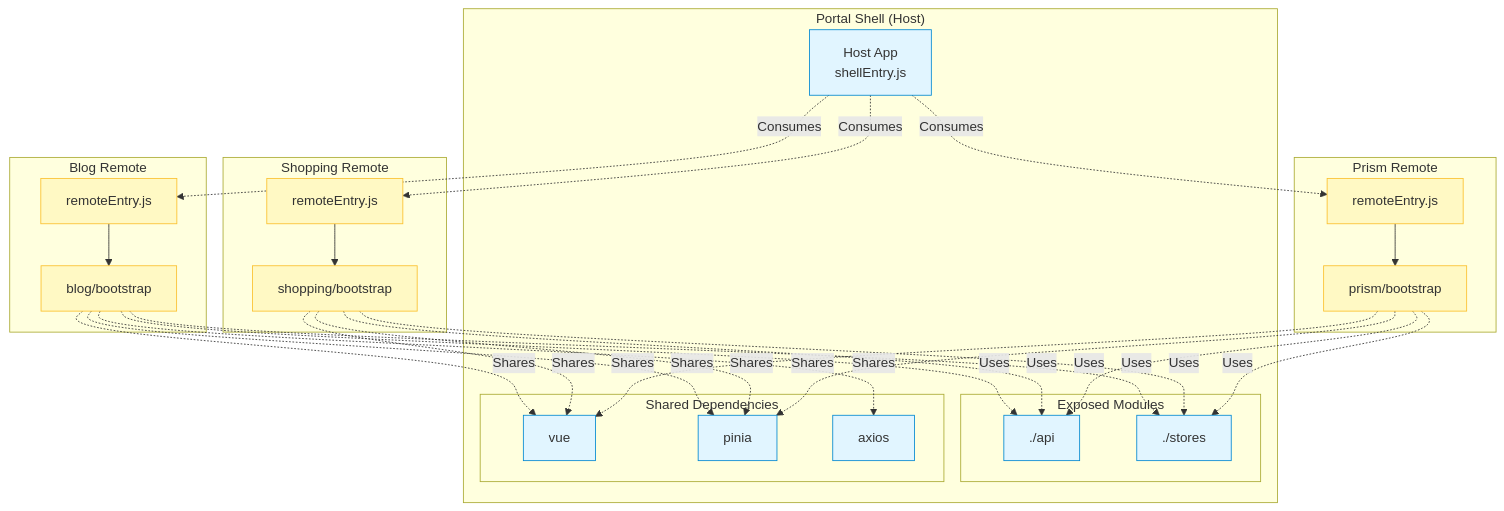
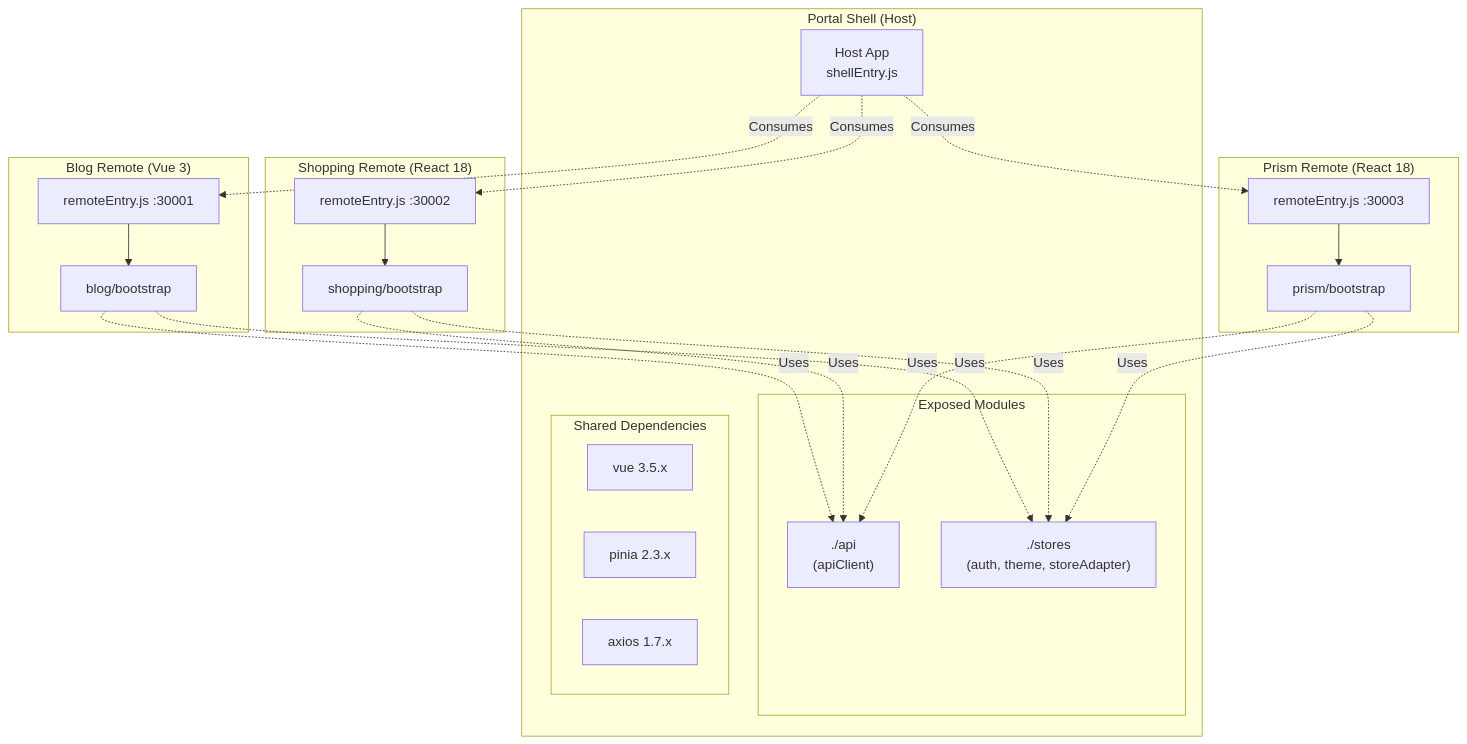
One commit to L-a-z-e/portal-universe changed the diagram in docs/architecture/portal-shell/module-federation.md. Above: the diagram before and after it, drawn with Mermaid. The commit also changed other lines of this file and 5 other files, not shown here.

First line of the commit message:
docs(architecture): rewrite portal-shell docs to match actual codebase

````diff
--- a/docs/architecture/portal-shell/module-federation.md
+++ b/docs/architecture/portal-shell/module-federation.md
@@ -24,67 +32,46 @@
 ```mermaid
 graph TB
     subgraph "Portal Shell (Host)"
         HOST[Host App<br/>shellEntry.js]
 
         subgraph "Exposed Modules"
-            E1[./api]
-            E2[./stores]
+            E1["./api<br/>(apiClient)"]
+            E2["./stores<br/>(auth, theme, storeAdapter)"]
         end
 
         subgraph "Shared Dependencies"
-            S1[vue]
-            S2[pinia]
-            S3[axios]
+            S1[vue 3.5.x]
+            S2[pinia 2.3.x]
+            S3[axios 1.7.x]
         end
     end
 
-    subgraph "Blog Remote"
+    subgraph "Blog Remote (Vue 3)"
         BR[blog/bootstrap]
-        BRE[remoteEntry.js]
-
+        BRE[remoteEntry.js :30001]
         BRE --> BR
     end
 
-    subgraph "Shopping Remote"
+    subgraph "Shopping Remote (React 18)"
         SR[shopping/bootstrap]
-        SRE[remoteEntry.js]
-
+        SRE[remoteEntry.js :30002]
         SRE --> SR
     end
 
-    subgraph "Prism Remote"
+    subgraph "Prism Remote (React 18)"
         PR[prism/bootstrap]
-        PRE[remoteEntry.js]
-
+        PRE[remoteEntry.js :30003]
         PRE --> PR
     end
 
     HOST -.->|Consumes| BRE
     HOST -.->|Consumes| SRE
     HOST -.->|Consumes| PRE
 
     BR -.->|Uses| E1
     BR -.->|Uses| E2
-
     SR -.->|Uses| E1
     SR -.->|Uses| E2
-
     PR -.->|Uses| E1
     PR -.->|Uses| E2
-
-    BR -.->|Shares| S1
-    BR -.->|Shares| S2
-    BR -.->|Shares| S3
-
-    SR -.->|Shares| S1
-    SR -.->|Shares| S2
-
-    PR -.->|Shares| S1
-    PR -.->|Shares| S2
-
-    classDef host fill:#e1f5ff,stroke:#0288d1
-    classDef remote fill:#fff9c4,stroke:#fbc02d
-
-    class HOST,E1,E2,S1,S2,S3 host
-    class BR,BRE,SR,SRE,PR,PRE remote
 ```
````
